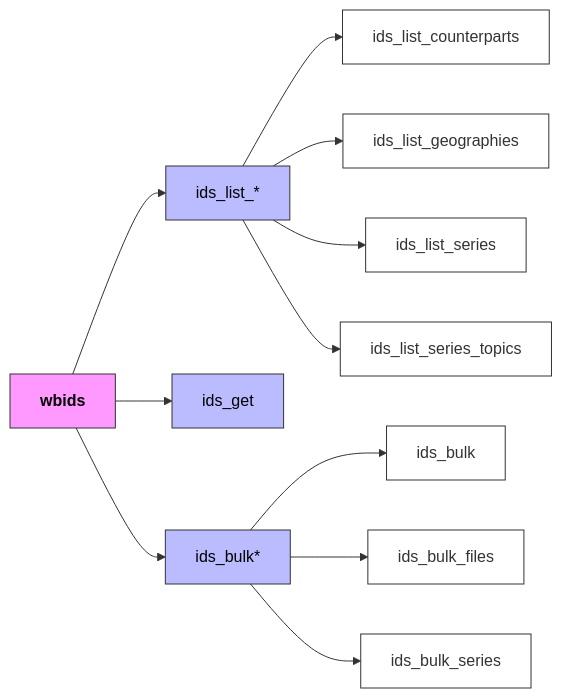
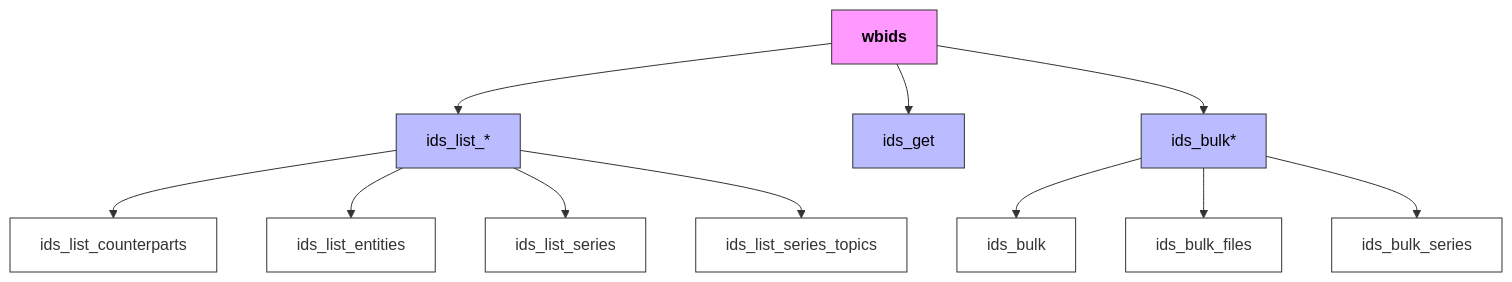
One commit to Teal-Insights/r-wbids changed the diagram in README.md. Above: the diagram before and after it, drawn with Mermaid. The commit also changed other lines of this file and 25 other files, not shown here.

Commit message:
Rename geographies to entities

````diff
--- a/README.md
+++ b/README.md
@@ -119,23 +125,23 @@
 ``` mermaid
-graph LR
+graph TB
     A[wbids] --> B[ids_list_*]
     A --> C[ids_get]
     A --> D[ids_bulk*]
     
     B --> B1[ids_list_counterparts]
-    B --> B2[ids_list_geographies] 
+    B --> B2[ids_list_entities] 
     B --> B3[ids_list_series]
     B --> B4[ids_list_series_topics]
     
     D --> D1[ids_bulk]
     D --> D2[ids_bulk_files]
     D --> D3[ids_bulk_series]
 
     classDef default fill:#fff,stroke:#333,color:#333
     classDef main fill:#f9f,stroke:#333,color:#000,font-weight:bold
     classDef group fill:#bbf,stroke:#333,color:#000
 
     class A main
     class B,C,D group
     class B1,B2,B3,B4,D1,D2,D3 default
 ```
````
